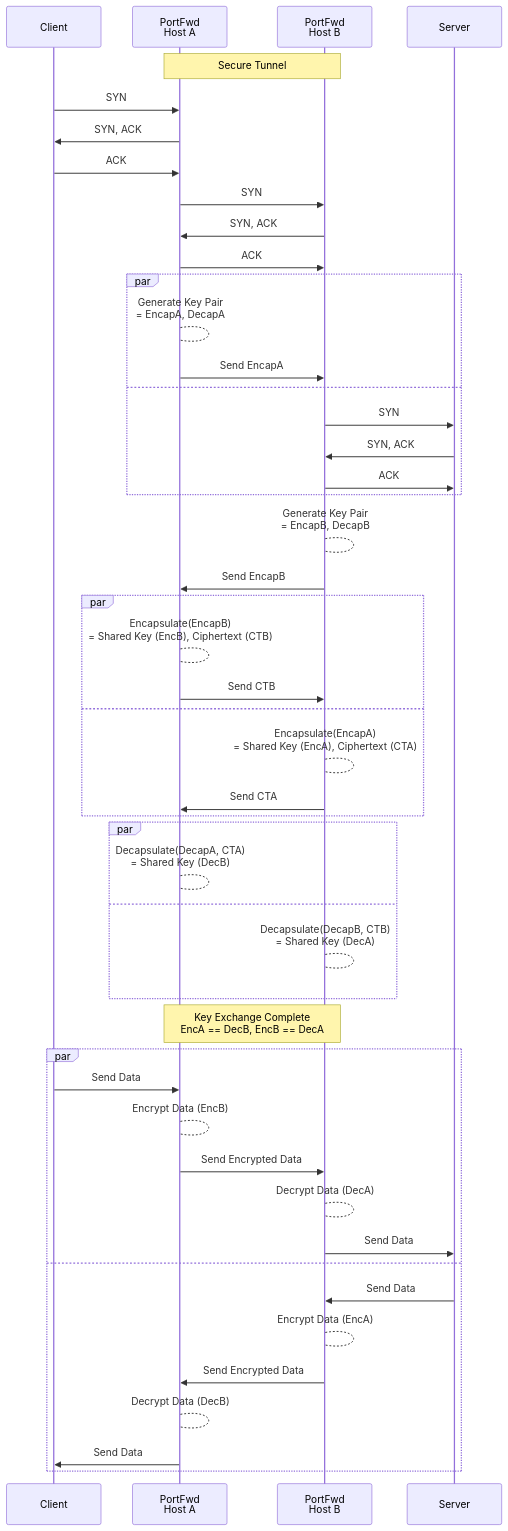
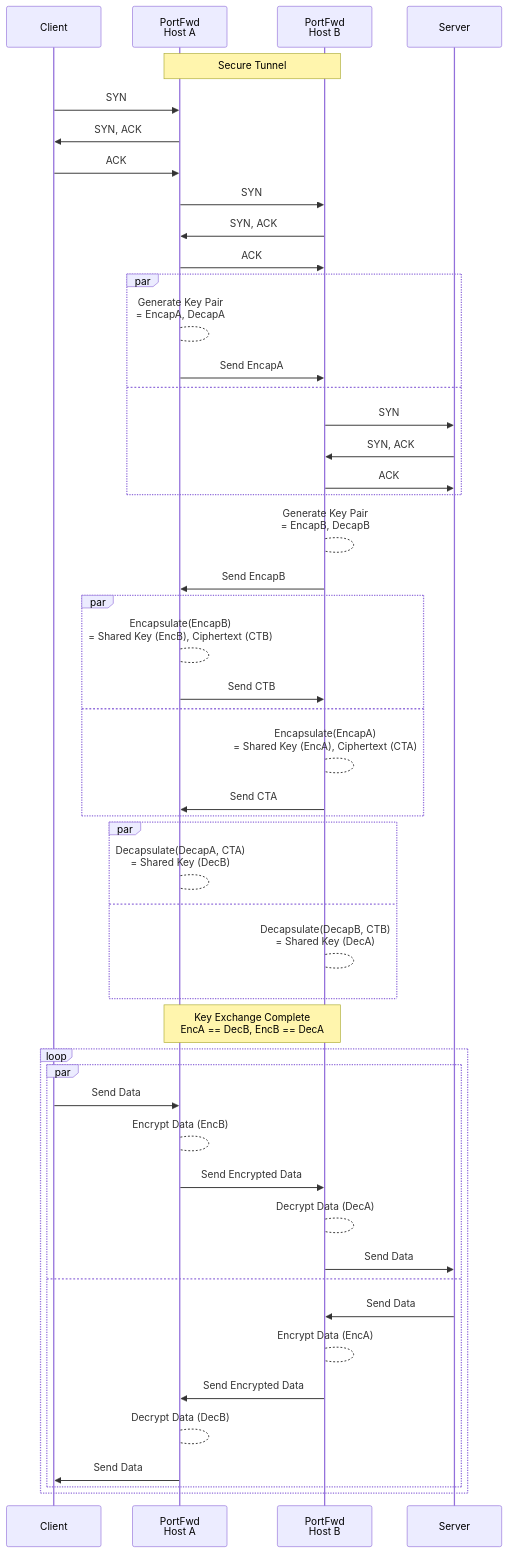
The diagram in README.md (cmason3/portfwd), drawn with Mermaid before and after one commit.

````diff
--- a/README.md
+++ b/README.md
@@ -32,56 +32,58 @@
 ```mermaid
 sequenceDiagram
     participant C as Client
     participant A as PortFwd<br />Host A
     participant B as PortFwd<br />Host B
     participant S as Server
     Note over A,B: Secure Tunnel
     C->>A: SYN
     A->>C: SYN, ACK
     C->>A: ACK
     A->>B: SYN
     B->>A: SYN, ACK
     A->>B: ACK
 
     par
       A-->A: Generate Key Pair<br />= EncapA, DecapA
       A->>B: Send EncapA
     and
       B->>S: SYN
       S->>B: SYN, ACK
       B->>S: ACK
     end
 
     B-->B: Generate Key Pair<br />= EncapB, DecapB
     B->>A: Send EncapB
 
     par
       A-->A: Encapsulate(EncapB)<br />= Shared Key (EncB), Ciphertext (CTB)
       A->>B: Send CTB
     and
       B-->B: Encapsulate(EncapA)<br />= Shared Key (EncA), Ciphertext (CTA)
       B->>A: Send CTA
     end
 
     par
       A-->A: Decapsulate(DecapA, CTA)<br /> = Shared Key (DecB)
     and
       B-->B: Decapsulate(DecapB, CTB)<br /> = Shared Key (DecA)
     end
 
     Note over A,B: Key Exchange Complete<br />EncA == DecB, EncB == DecA
 
-    par
-      C->>A: Send Data
-      A-->A: Encrypt Data (EncB)
-      A->>B: Send Encrypted Data
-      B-->B: Decrypt Data (DecA)
-      B->>S: Send Data
-    and
-      S->>B: Send Data
-      B-->B: Encrypt Data (EncA)
-      B->>A: Send Encrypted Data
-      A-->A: Decrypt Data (DecB)
-      A->>C: Send Data
+    loop
+      par
+        C->>A: Send Data
+        A-->A: Encrypt Data (EncB)
+        A->>B: Send Encrypted Data
+        B-->B: Decrypt Data (DecA)
+        B->>S: Send Data
+      and
+        S->>B: Send Data
+        B-->B: Encrypt Data (EncA)
+        B->>A: Send Encrypted Data
+        A-->A: Decrypt Data (DecB)
+        A->>C: Send Data
+      end
     end
 ```
````
